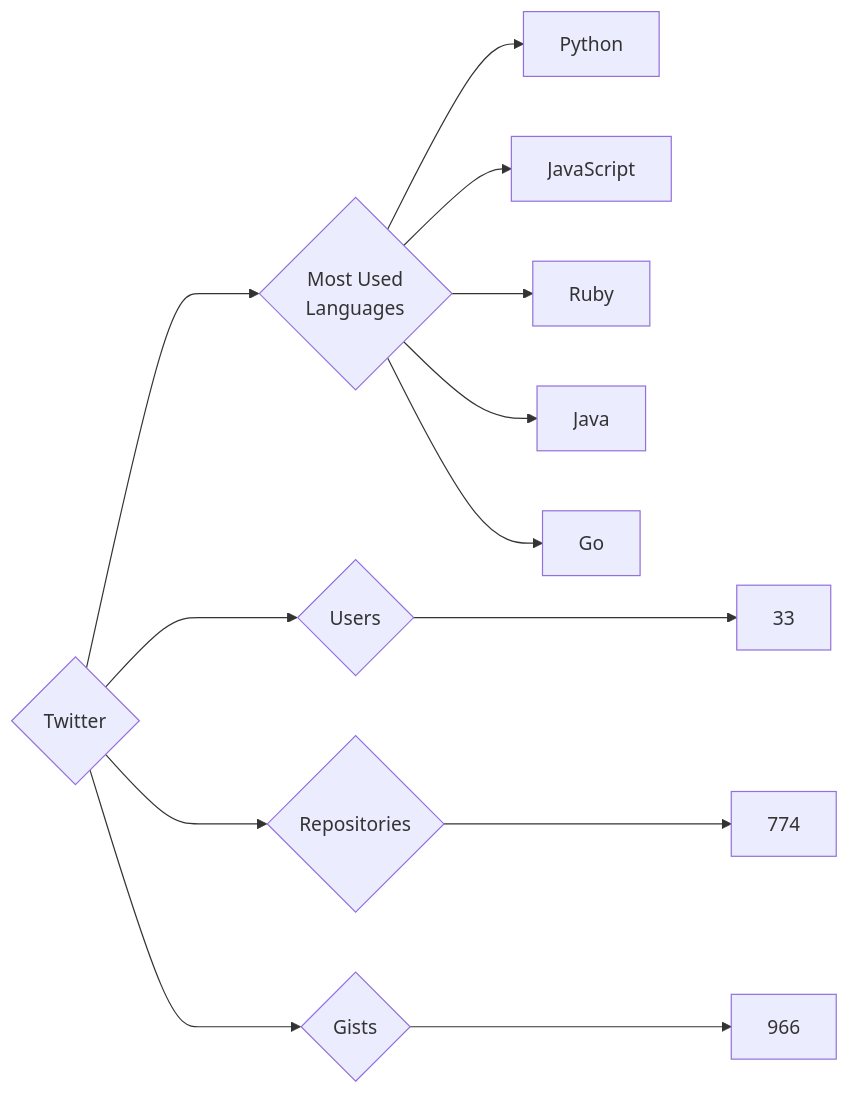
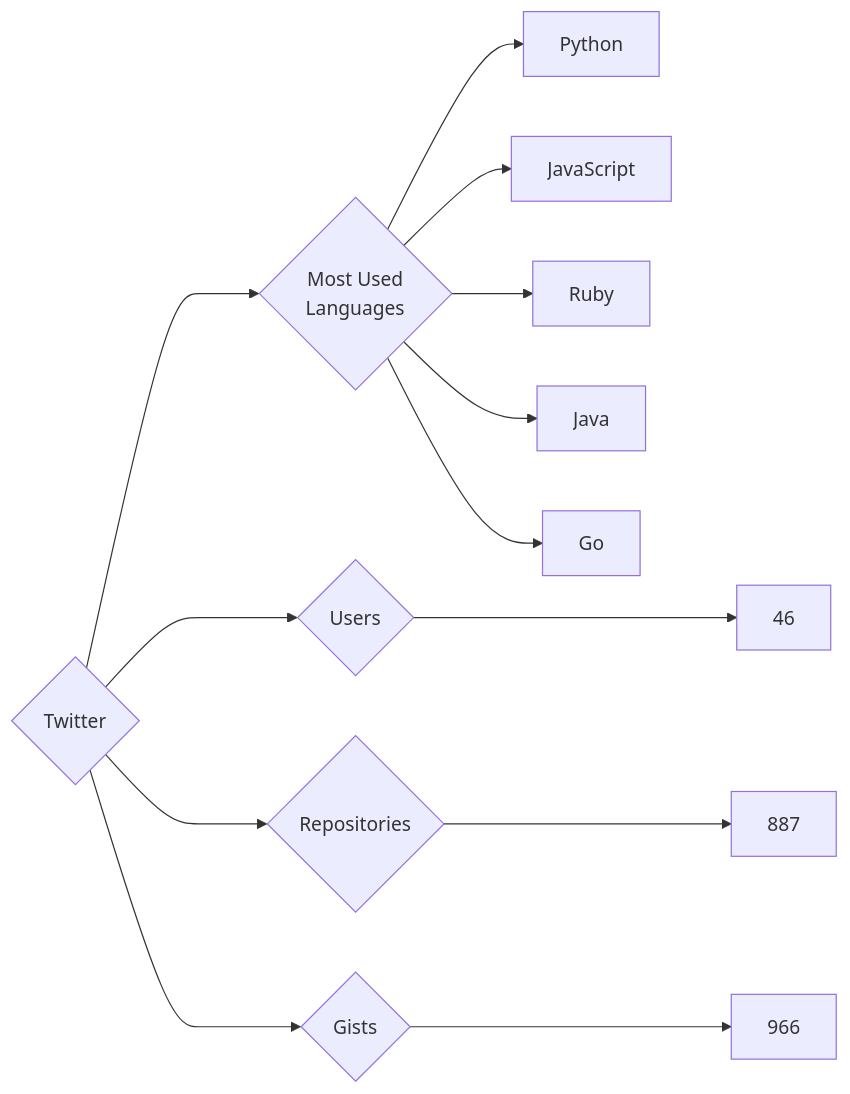
One commit to trickest/insiders changed the diagram in targets/Twitter/README.md. Above: the diagram before and after it, drawn with Mermaid. The commit also changed 823 other files, not shown here.

````diff
--- a/targets/Twitter/README.md
+++ b/targets/Twitter/README.md
@@ -3,13 +3,13 @@
 ```mermaid
 graph LR
 COMPANY_NAME{Twitter}
-COMPANY_NAME ---> U{Users} ---> UN[33]
-COMPANY_NAME ---> R{Repositories} ---> RN[774]
+COMPANY_NAME ---> U{Users} ---> UN[46]
+COMPANY_NAME ---> R{Repositories} ---> RN[887]
 COMPANY_NAME ---> G{Gists} ---> GN[966]
 COMPANY_NAME ---> ML{Most Used<br>Languages}
 ML --> Python[Python]
 ML --> JavaScript[JavaScript]
 ML --> Ruby[Ruby]
 ML --> Java[Java]
 ML --> Go[Go]
 ```
````
